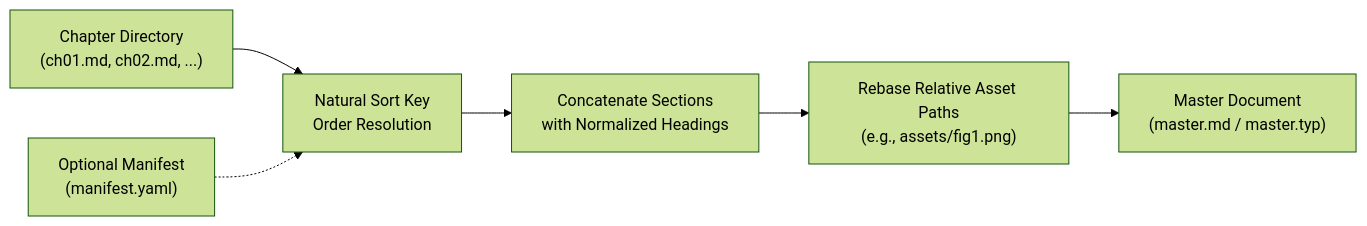
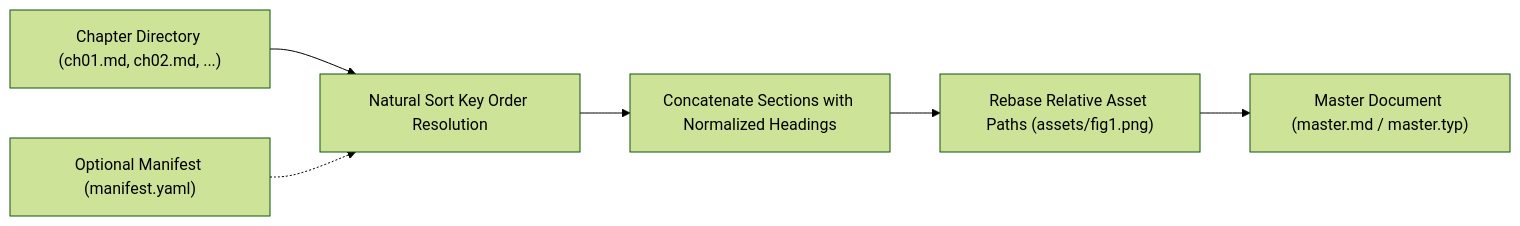
One commit to SpanishSyntax/Snowpack changed the second of 2 diagrams in docs/architecture.md. Above: the diagram before and after it, drawn with Mermaid (forest theme). The commit also changed other lines of this file and 1 other file, not shown here.

Commit message:
fix(docs): use safe DOM textContent Mermaid rendering and sanitize diagram labels

````diff
--- a/docs/architecture.md
+++ b/docs/architecture.md
@@ -82,8 +82,8 @@
 ```mermaid
 flowchart LR
-    Dir["Chapter Directory\n(ch01.md, ch02.md, ...)"] --> Scanner["Natural Sort Key\nOrder Resolution"]
-    Manifest["Optional Manifest\n(manifest.yaml)"] -.-> Scanner
-    Scanner --> Merger["Concatenate Sections\nwith Normalized Headings"]
-    Merger --> AssetRebase["Rebase Relative Asset Paths\n(e.g., assets/fig1.png)"]
-    AssetRebase --> Master["Master Document\n(master.md / master.typ)"]
+    Dir["Chapter Directory (ch01.md, ch02.md, ...)"] --> Scanner["Natural Sort Key Order Resolution"]
+    Manifest["Optional Manifest (manifest.yaml)"] -.-> Scanner
+    Scanner --> Merger["Concatenate Sections with Normalized Headings"]
+    Merger --> AssetRebase["Rebase Relative Asset Paths (assets/fig1.png)"]
+    AssetRebase --> Master["Master Document (master.md / master.typ)"]
 ```
````
